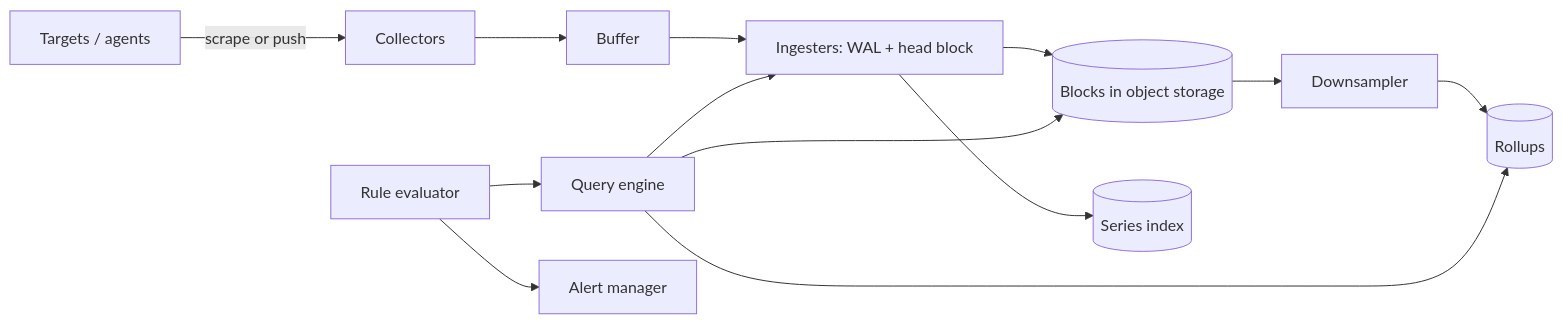
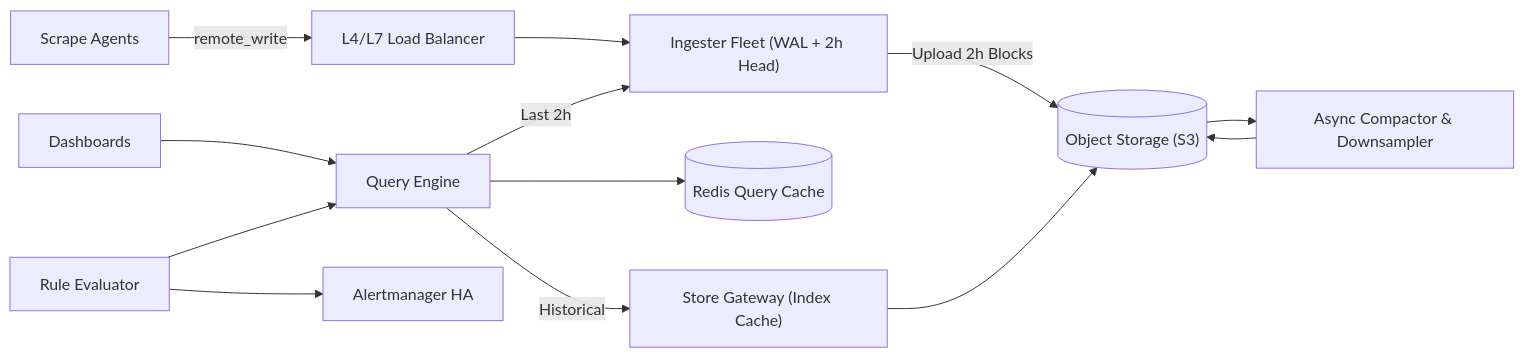
One commit to TapanKumarBarik/Backend-roadmap changed the second of 5 diagrams in content/system-design/22-interview-design-problems/26-metrics-collection-system/README.md. Above: the diagram before and after it, drawn with Mermaid. The commit also changed other lines of this file and 37 other files, not shown here.

Commit message:
Upgrade Track 22 (37 interview design problems) with scale-by-scale architecture evolution

````diff
--- a/content/system-design/22-interview-design-problems/26-metrics-collection-system/README.md
+++ b/content/system-design/22-interview-design-problems/26-metrics-collection-system/README.md
@@ -107,14 +185,15 @@
 ```mermaid
 flowchart LR
-  T["Targets / agents"] -- "scrape or push" --> C["Collectors"]
-  C --> K["Buffer"]
-  K --> I["Ingesters: WAL + head block"]
-  I --> B[("Blocks in object storage")]
-  I --> IDX[("Series index")]
-  B --> DS["Downsampler"] --> B2[("Rollups")]
-  Q["Query engine"] --> I
-  Q --> B
-  Q --> B2
-  R["Rule evaluator"] --> Q
-  R --> AM["Alert manager"]
+  AGT["Scrape Agents"] -- "remote_write" --> LB["L4/L7 Load Balancer"]
+  LB --> ING["Ingester Fleet (WAL + 2h Head)"]
+  ING -- "Upload 2h Blocks" --> S3[("Object Storage (S3)")]
+  S3 --> COMP["Async Compactor & Downsampler"]
+  COMP --> S3
+  UI["Dashboards"] --> Q["Query Engine"]
+  Q --> QC[("Redis Query Cache")]
+  Q -- "Last 2h" --> ING
+  Q -- "Historical" --> SG["Store Gateway (Index Cache)"]
+  SG --> S3
+  RE["Rule Evaluator"] --> Q
+  RE --> AM["Alertmanager HA"]
 ```
````
